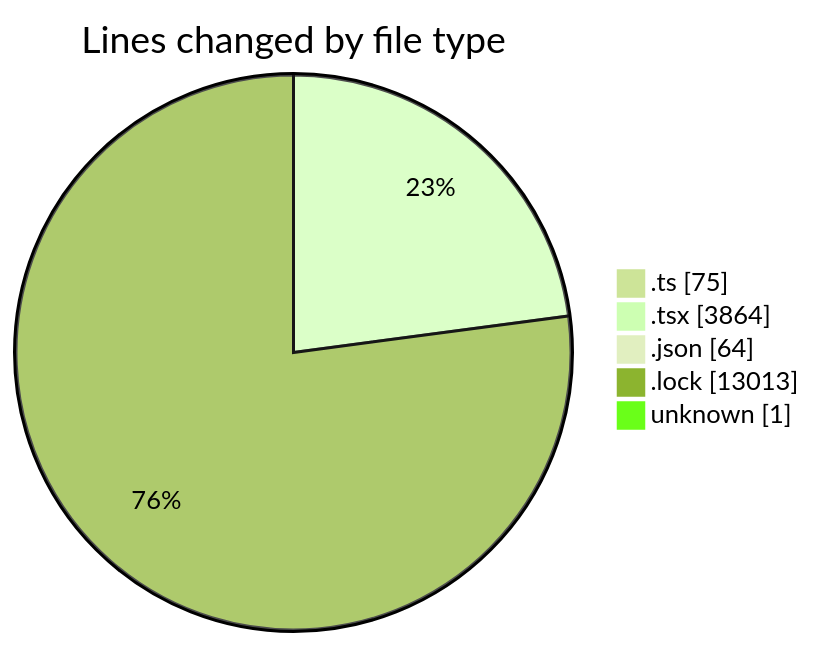
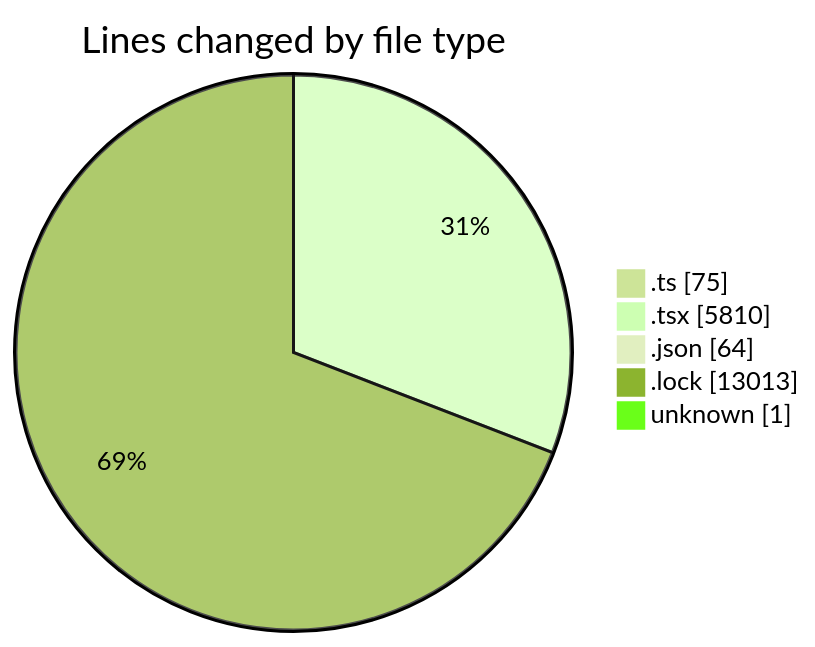
One commit to momahboobian/code-tracking changed the first of 2 diagrams in 2025-09-25/cda/README.md. Above: the diagram before and after it, drawn with Mermaid (forest theme). The commit also changed other lines of this file and 1 other file, not shown here.

````diff
--- a/2025-09-25/cda/README.md
+++ b/2025-09-25/cda/README.md
@@ -43,9 +46,9 @@
 ```mermaid
 pie showData
 title Lines changed by file type
 ".ts" : 75
-".tsx" : 3864
+".tsx" : 5810
 ".json" : 64
 ".lock" : 13013
 "unknown" : 1
 ```
````
